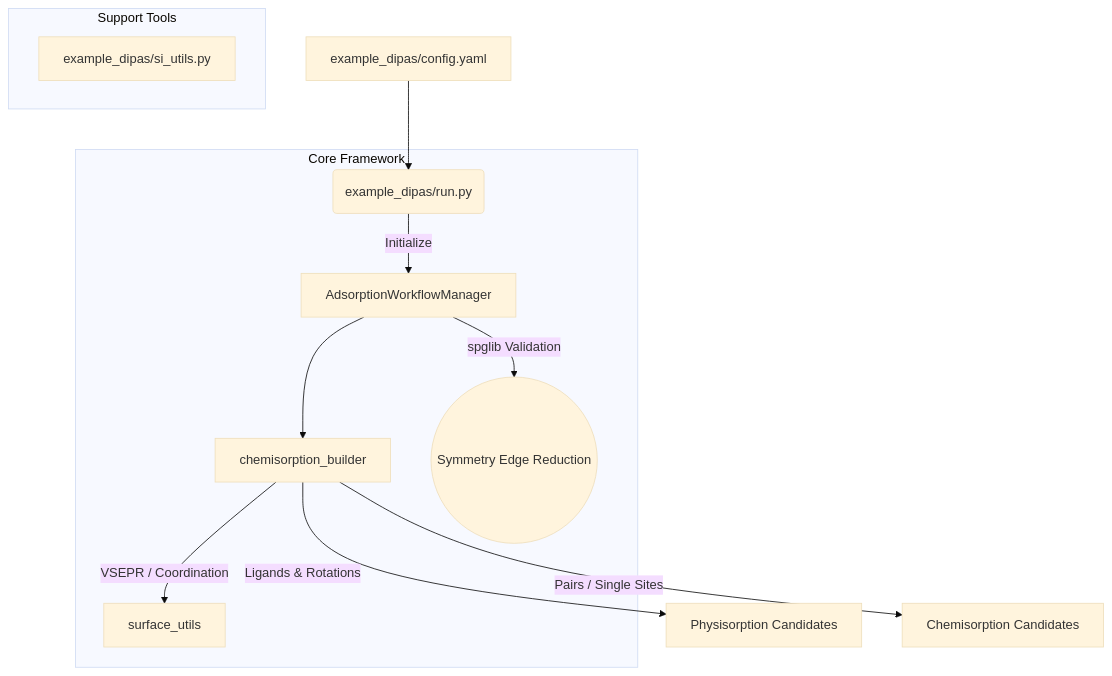
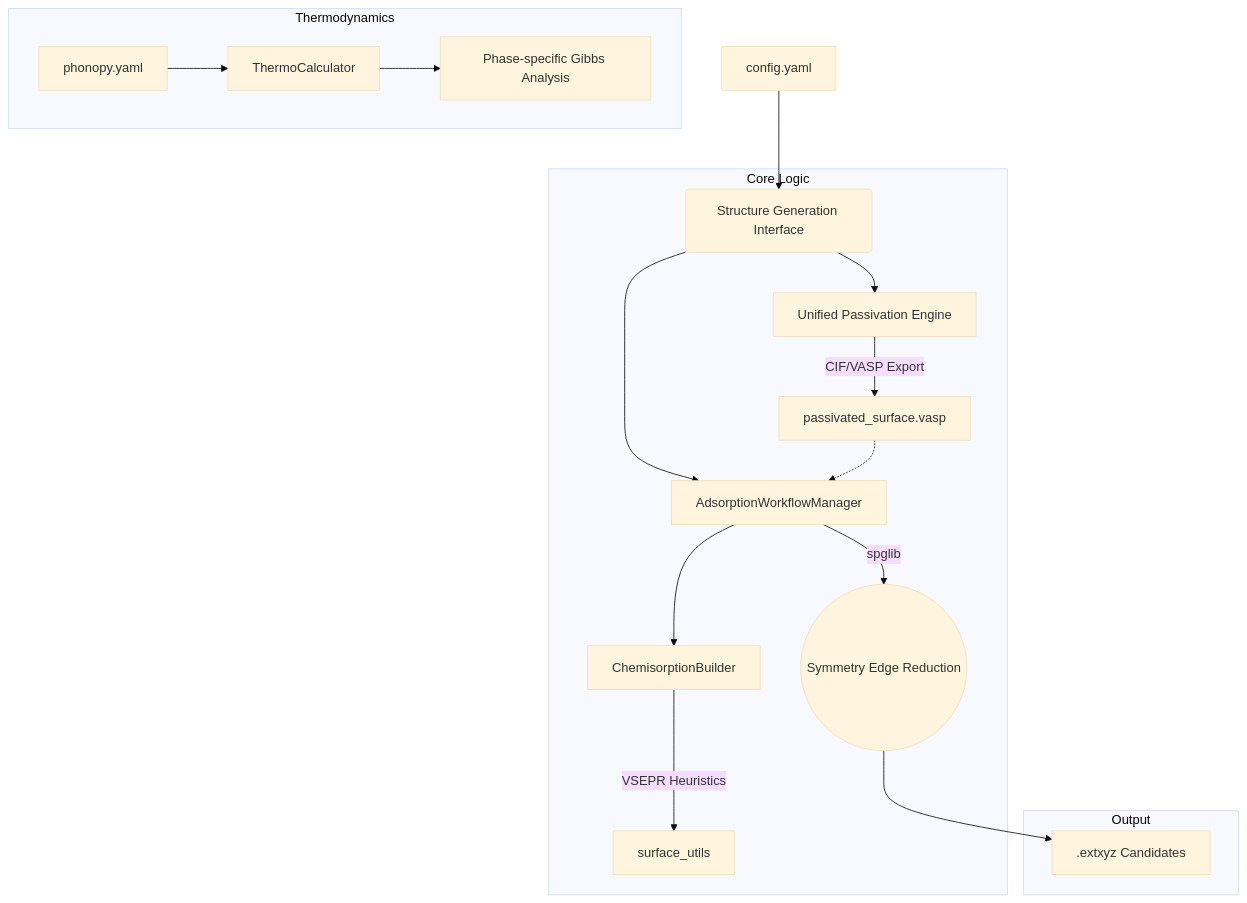
Before and after one commit to code4simulation/autoflow_SRXN: the diagram in README.md, drawn with Mermaid (base theme). The commit also changed other lines of this file and 7 other files, not shown here.

Commit message:
Refactor: Modularize unified VSEPR engine, move Si utilities to core src, and update documentation

````diff
--- a/README.md
+++ b/README.md
@@ -33,17 +38,22 @@
 ```mermaid
 graph TD
-    A[example_dipas/config.yaml] --> B(example_dipas/run.py)
-    subgraph autoflow_SRXN/src [Core Framework]
-        B -->|Initialize| C[AdsorptionWorkflowManager]
-        C --> D[chemisorption_builder]
-        D -->|VSEPR / Coordination| E[surface_utils]
-        C -->|spglib Validation| F((Symmetry Edge Reduction))
+    A[config.yaml] --> B(Structure Generation Interface)
+    subgraph autoflow_SRXN/src [Core Logic]
+        B --> P[Unified Passivation Engine]
+        P -->|CIF/VASP Export| PA[passivated_surface.vasp]
+        B --> C[AdsorptionWorkflowManager]
+        PA -.-> C
+        C --> D[ChemisorptionBuilder]
+        D -->|VSEPR Heuristics| E[surface_utils]
+        C -->|spglib| F((Symmetry Edge Reduction))
     end
     
-    subgraph Support Tools
-        G[example_dipas/si_utils.py]
+    subgraph Output
+        F --> G[.extxyz Candidates]
     end
     
-    D -->|Ligands & Rotations| H[Physisorption Candidates]
-    D -->|Pairs / Single Sites| I[Chemisorption Candidates]
+    subgraph Thermodynamics
+        H[phonopy.yaml] --> I[ThermoCalculator]
+        I --> J[Phase-specific Gibbs Analysis]
+    end
 ```
````
